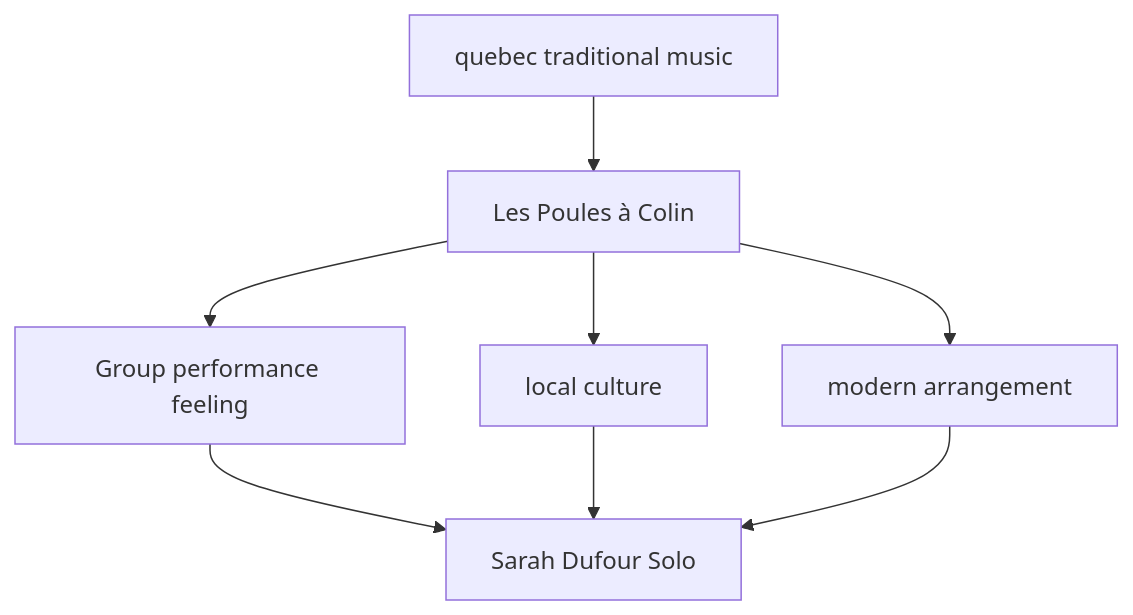
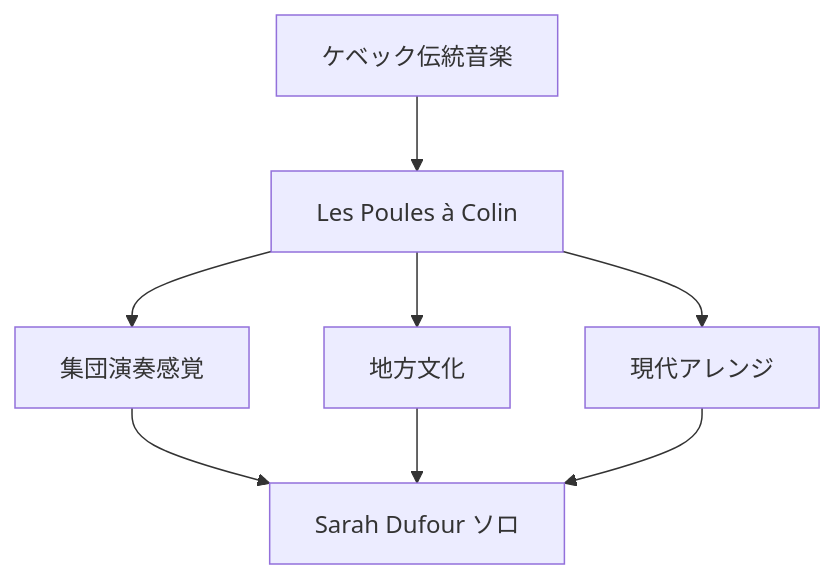
The third of 9 diagrams in en/_posts/2026-05-09-column-sarah-dufour.md (monumental-movement/monumental-movement.github.io), drawn with Mermaid before and after one commit. The commit also changed other lines of this file and 2196 other files, not shown here.

```diff
--- a/en/_posts/2026-05-09-column-sarah-dufour.md
+++ b/en/_posts/2026-05-09-column-sarah-dufour.md
@@ -135,11 +135,11 @@
 <div class="mermaid">
 graph TD
-A[quebec traditional music] --> B[Les Poules à Colin]
-B --> C[Group performance feeling]
-B --> D[local culture]
-B --> E[modern arrangement]
+A[ケベック伝統音楽] --> B[Les Poules à Colin]
+B --> C[集団演奏感覚]
+B --> D[地方文化]
+B --> E[現代アレンジ]
 
-C --> F[Sarah Dufour Solo]
+C --> F[Sarah Dufour ソロ]
 D --> F
 E --> F
 </div>
```
